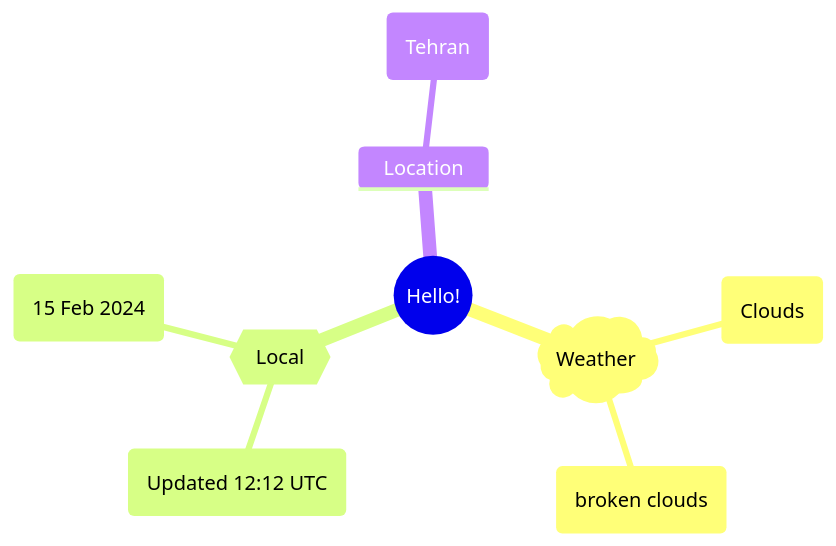
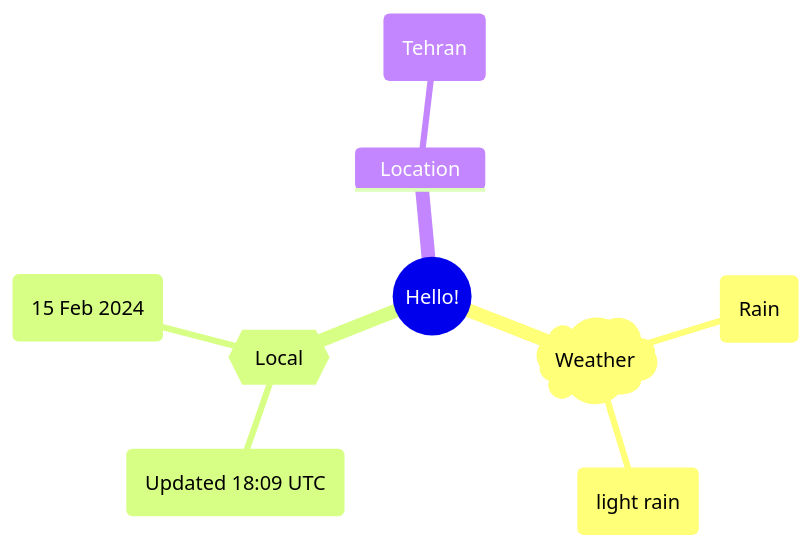
Before and after one commit to Xosrov/Xosrov: the first of 2 diagrams in README.md, drawn with Mermaid.

Commit message:
[bot] updated images

````diff
--- a/README.md
+++ b/README.md
@@ -3,12 +3,12 @@
 ```mermaid
 mindmap
   root((Hello!))
     )Weather(
-        (Clouds)
-        (broken clouds)
+        (Rain)
+        (light rain)
     {{Local}}
-        (Updated 12:12 UTC)
+        (Updated 18:09 UTC)
         (15 Feb 2024)
     Location
         (Tehran)
 ```
````
